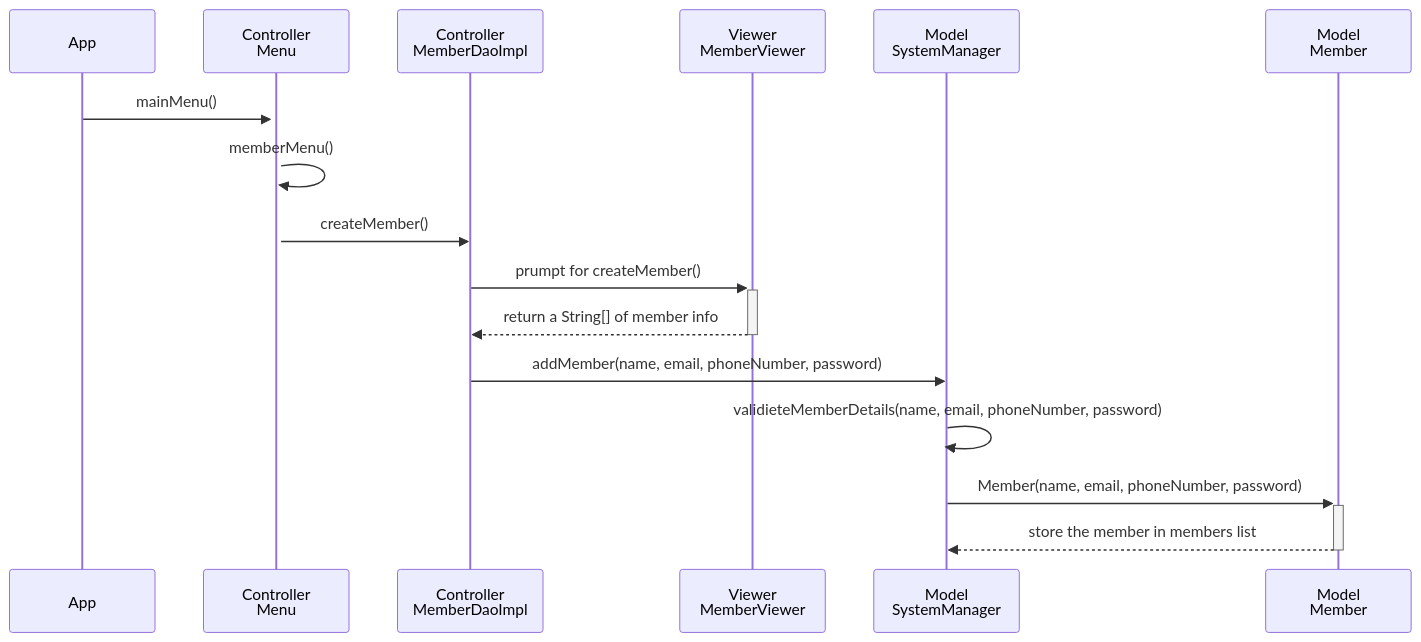
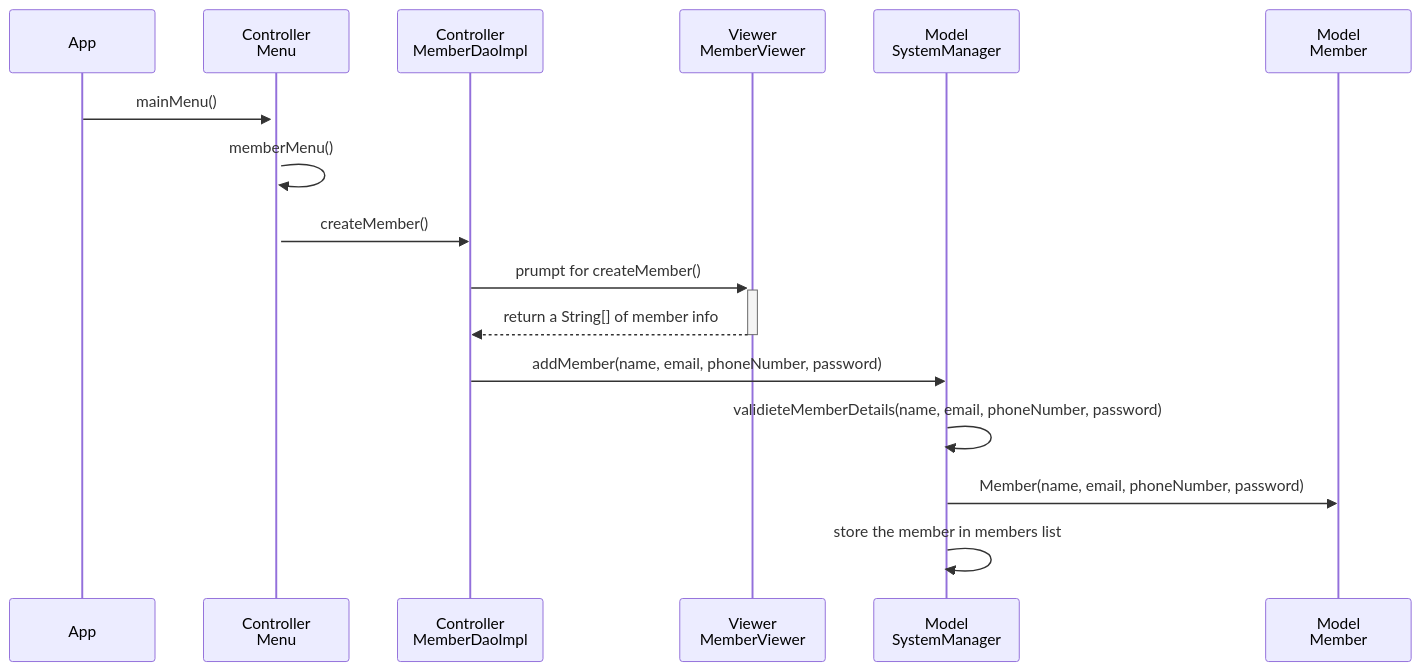
One commit to ashkar99/Stuff-Lending-System changed the fifth of 5 diagrams in design.md. Above: the diagram before and after it, drawn with Mermaid.

Commit message:
Update file design.md

`````diff
--- a/design.md
+++ b/design.md
@@ -413,21 +413,21 @@
 ```mermaid
 sequenceDiagram
     participant App as App 
     participant Menu as Controller <br/> Menu
     participant MC as Controller <br/> MemberDaoImpl 
     participant MV as Viewer <br/> MemberViewer
     participant SM as  Model <br/> SystemManager
     participant M as Model <br/> Member
     
     %% Scenario: Add a new third member with user input and database interaction
     App->>+ Menu: mainMenu()
     Menu->>Menu: memberMenu()
     Menu->>MC: createMember()
     MC->>+MV: prumpt for createMember()
     MV-->>-MC: return a String[] of member info
     MC->>SM: addMember(name, email, phoneNumber, password) 
     SM->>SM: validieteMemberDetails(name, email, phoneNumber, password) 
-    SM->>+M: Member(name, email, phoneNumber, password)
-    M-->>-SM: store the member in members list
+    SM->>M: Member(name, email, phoneNumber, password)
+    SM->>SM: store the member in members list
 
 ````
`````
